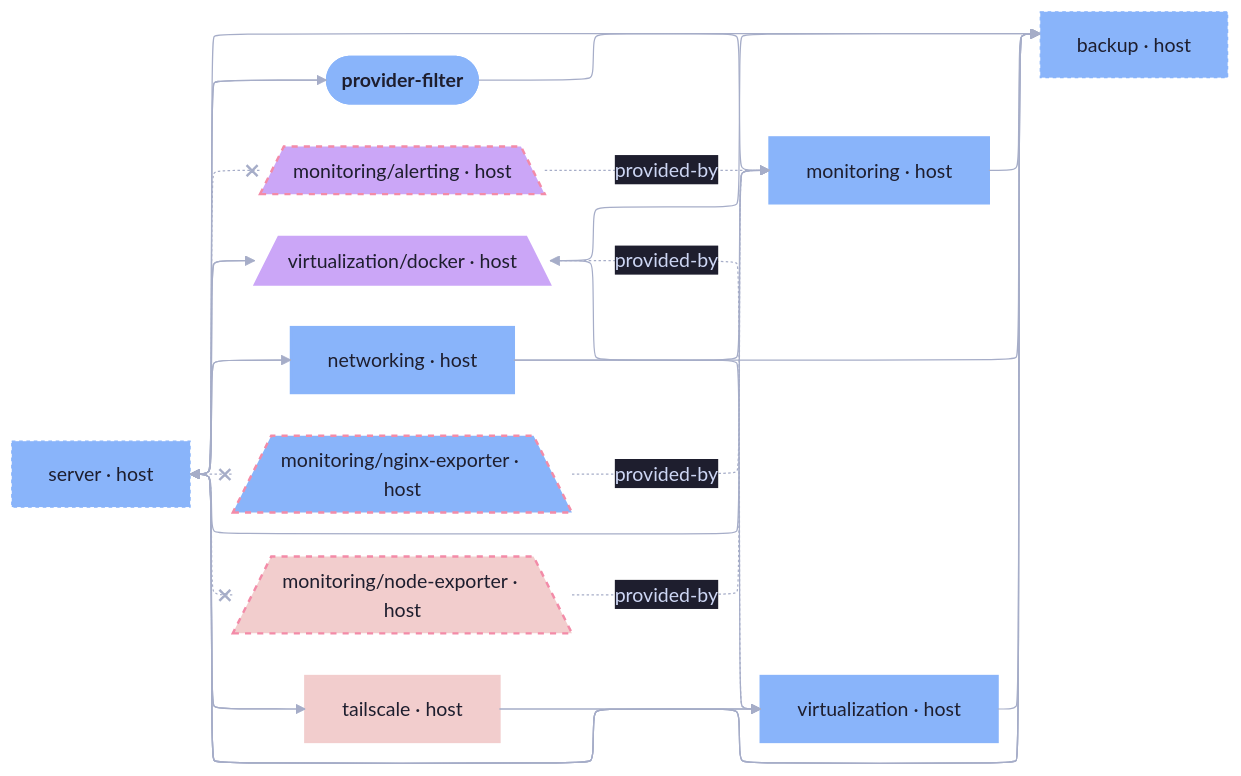
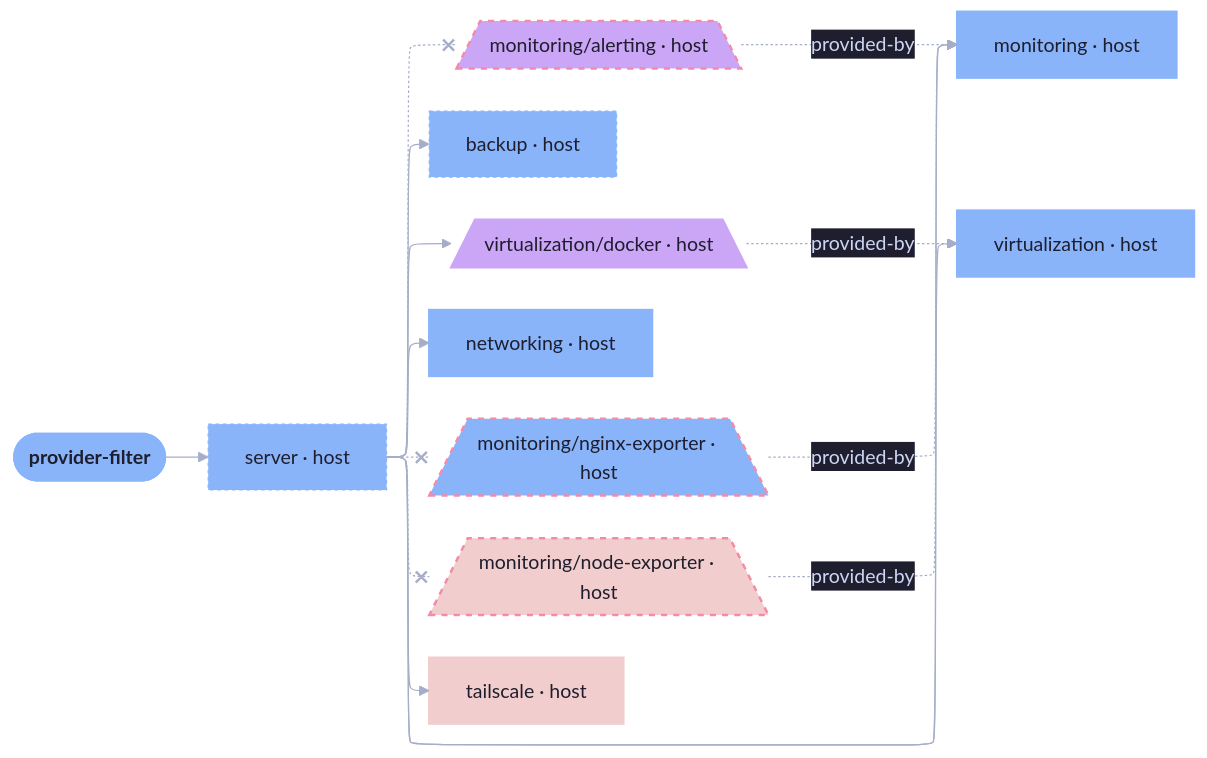
Before and after one commit to sini/den: the diagram in templates/diag-fx-demo/diagrams/provider-filter-decisions.md, drawn with Mermaid. The commit also changed 849 other files, not shown here.

Commit message:
chore: update fx diagrams

````diff
--- a/templates/diag-fx-demo/diagrams/provider-filter-decisions.md
+++ b/templates/diag-fx-demo/diagrams/provider-filter-decisions.md
@@ -5,59 +5,43 @@
 ```mermaid
 %%{init: {"elk":{"mergeEdges":true,"nodePlacementStrategy":"BRANDES_KOEPF"},"layout":"elk","theme":"base","themeVariables":{"activationBkgColor":"#313244","activationBorderColor":"#6c7086","actorBkg":"#313244","actorBorder":"#a6adc8","actorLineColor":"#a6adc8","actorTextColor":"#cdd6f4","background":"#1e1e2e","classText":"#cdd6f4","clusterBkg":"#313244","clusterBorder":"#6c7086","edgeLabelBackground":"#1e1e2e","labelBoxBkgColor":"#313244","labelBoxBorderColor":"#a6adc8","labelTextColor":"#cdd6f4","lineColor":"#a6adc8","loopTextColor":"#cdd6f4","mainBkg":"#313244","nodeBkg":"#313244","nodeBorder":"#a6adc8","nodeTextColor":"#cdd6f4","noteBkgColor":"#313244","noteBorderColor":"#6c7086","noteTextColor":"#cdd6f4","pie1":"#f38ba8","pie2":"#fab387","pie3":"#f9e2af","pie4":"#a6e3a1","pie5":"#94e2d5","pie6":"#89b4fa","pie7":"#cba6f7","pie8":"#f2cdcd","pieLegendTextColor":"#cdd6f4","pieOuterStrokeColor":"#6c7086","pieSectionTextColor":"#cdd6f4","pieStrokeColor":"#6c7086","pieTitleTextColor":"#cdd6f4","primaryBorderColor":"#a6adc8","primaryColor":"#313244","primaryTextColor":"#cdd6f4","secondBkg":"#313244","secondaryBorderColor":"#6c7086","secondaryColor":"#313244","secondaryTextColor":"#cdd6f4","sequenceNumberColor":"#1e1e2e","signalColor":"#a6adc8","signalTextColor":"#cdd6f4","tertiaryBorderColor":"#6c7086","tertiaryColor":"#313244","tertiaryTextColor":"#cdd6f4","textColor":"#cdd6f4","titleColor":"#cdd6f4"}}}%%
 graph LR
   provider_filter([provider-filter]):::root
   monitoring__alerting[/"monitoring/alerting · host"\]:::monitoring__alerting_c
   backup["backup · host"]:::backup_c
   virtualization__docker[/"virtualization/docker · host"\]:::virtualization__docker_c
   monitoring["monitoring · host"]:::monitoring_c
   networking["networking · host"]:::networking_c
   monitoring__nginx_exporter[/"monitoring/nginx-exporter · host"\]:::monitoring__nginx_exporter_c
   monitoring__node_exporter[/"monitoring/node-exporter · host"\]:::monitoring__node_exporter_c
   server["server · host"]:::server_c
   tailscale["tailscale · host"]:::tailscale_c
   virtualization["virtualization · host"]:::virtualization_c
 
-  backup --> server
-  monitoring --> backup
-  networking --> backup
-  provider_filter --> backup
+  provider_filter --> server
+  server -.-x monitoring__alerting
   server --> backup
-  tailscale --> backup
-  virtualization --> backup
-  virtualization__docker --> backup
-  monitoring --> server
-  networking --> server
-  provider_filter --> server
-  tailscale --> server
-  virtualization --> server
-  virtualization__docker --> server
-  networking --> monitoring
-  server -.-x monitoring__alerting
   server --> virtualization__docker
   server --> monitoring
   server --> networking
   server -.-x monitoring__nginx_exporter
   server -.-x monitoring__node_exporter
-  server --> provider_filter
   server --> tailscale
   server --> virtualization
-  tailscale --> virtualization
-  virtualization --> virtualization__docker
   monitoring__node_exporter -.->|provided-by| monitoring
   monitoring__nginx_exporter -.->|provided-by| monitoring
   monitoring__alerting -.->|provided-by| monitoring
   virtualization__docker -.->|provided-by| virtualization
 
   classDef root fill:#89b4fa,stroke:#89b4fa,color:#1e1e2e,font-weight:bold
   classDef monitoring__alerting_c fill:#cba6f7,stroke:#f38ba8,color:#1e1e2e,stroke-dasharray: 5 5,stroke-width:2px
   classDef backup_c fill:#89b4fa,stroke:#89b4fa,color:#1e1e2e,stroke-dasharray: 3 3,stroke-width:1px
   classDef virtualization__docker_c fill:#cba6f7,stroke:#cba6f7,color:#1e1e2e,stroke-width:2px
   classDef monitoring_c fill:#89b4fa,stroke:#89b4fa,color:#1e1e2e,stroke-width:2px
   classDef networking_c fill:#89b4fa,stroke:#89b4fa,color:#1e1e2e,stroke-width:2px
   classDef monitoring__nginx_exporter_c fill:#89b4fa,stroke:#f38ba8,color:#1e1e2e,stroke-dasharray: 5 5,stroke-width:2px
   classDef monitoring__node_exporter_c fill:#f2cdcd,stroke:#f38ba8,color:#1e1e2e,stroke-dasharray: 5 5,stroke-width:2px
-  classDef provider_filter_c fill:#89b4fa,stroke:#89b4fa,color:#1e1e2e,stroke-width:3px
+  classDef provider_filter_c fill:#89b4fa,stroke:#89b4fa,color:#1e1e2e,stroke-width:2px
   classDef server_c fill:#89b4fa,stroke:#89b4fa,color:#1e1e2e,stroke-dasharray: 3 3,stroke-width:1px
   classDef tailscale_c fill:#f2cdcd,stroke:#f2cdcd,color:#1e1e2e,stroke-width:2px
   classDef virtualization_c fill:#89b4fa,stroke:#89b4fa,color:#1e1e2e,stroke-width:2px
 ```
````
